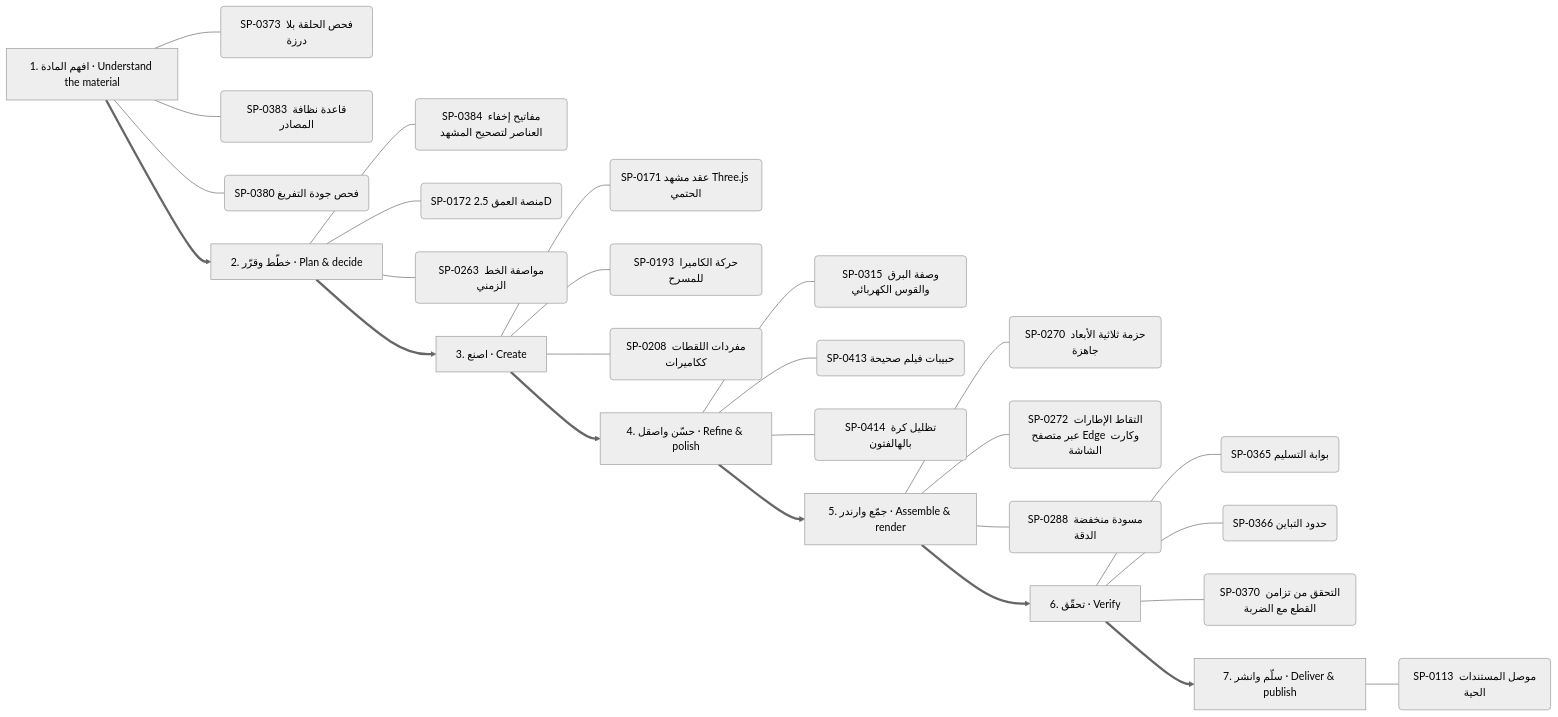
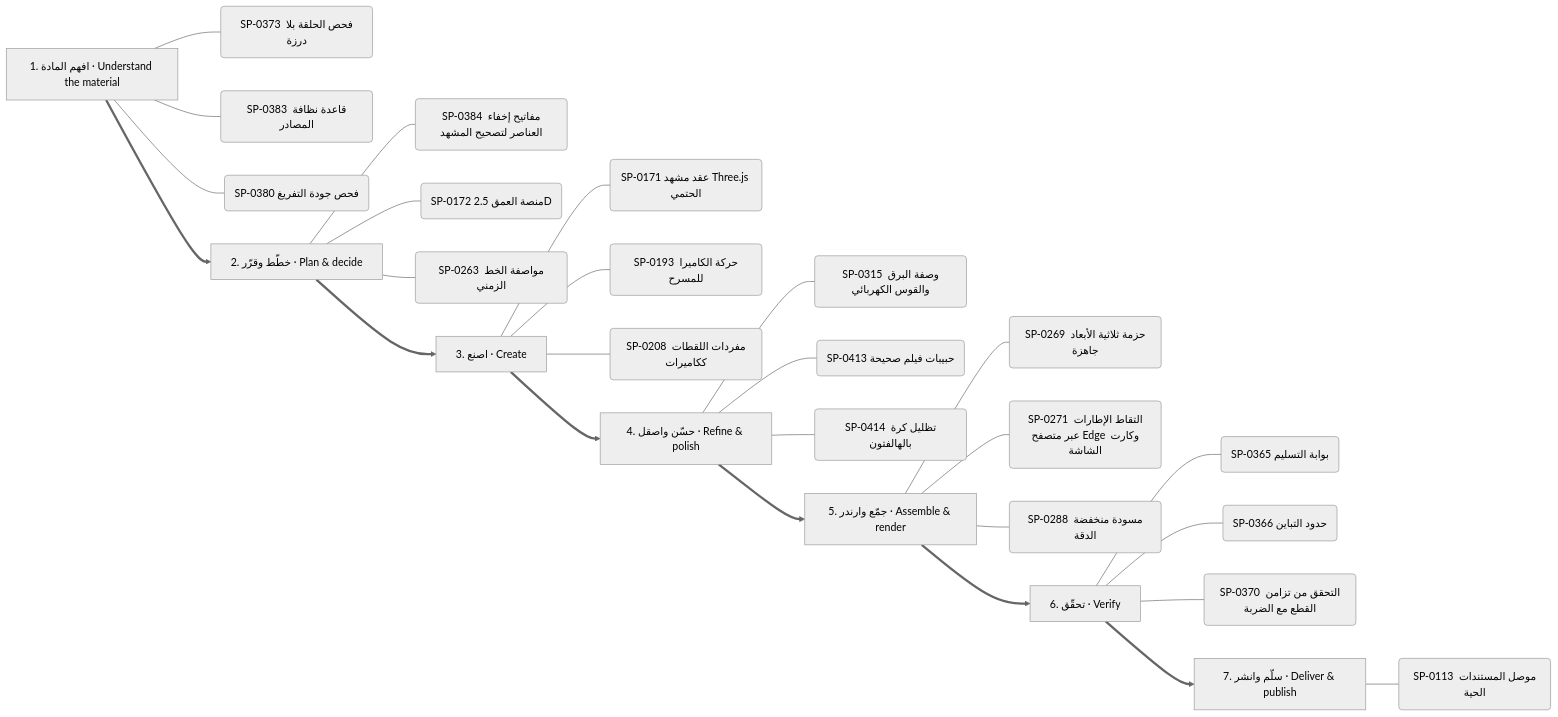
One commit to kosif199022-jpg/kosif-tool changed the eighth of 13 diagrams in .claude/skills/kosif-superpowers/references/capability-mindmap.md. Above: the diagram before and after it, drawn with Mermaid (neutral theme). The commit also changed other lines of this file and 52 other files, not shown here.

````diff
--- a/.claude/skills/kosif-superpowers/references/capability-mindmap.md
+++ b/.claude/skills/kosif-superpowers/references/capability-mindmap.md
@@ -415,35 +415,35 @@
 ```mermaid
 flowchart LR
   S0["1. افهم المادة · Understand the material"]
   S0 --- S0_0("SP-0373 فحص الحلقة بلا درزة")
   S0 --- S0_1("SP-0383 قاعدة نظافة المصادر")
   S0 --- S0_2("SP-0380 فحص جودة التفريغ")
   S1["2. خطّط وقرّر · Plan & decide"]
   S1 --- S1_0("SP-0384 مفاتيح إخفاء العناصر لتصحيح المشهد")
   S1 --- S1_1("SP-0172 منصة العمق 2.5D")
   S1 --- S1_2("SP-0263 مواصفة الخط الزمني")
   S0 ==> S1
   S2["3. اصنع · Create"]
   S2 --- S2_0("SP-0171 عقد مشهد Three.js الحتمي")
   S2 --- S2_1("SP-0193 حركة الكاميرا للمسرح")
   S2 --- S2_2("SP-0208 مفردات اللقطات ككاميرات")
   S1 ==> S2
   S3["4. حسّن واصقل · Refine & polish"]
   S3 --- S3_0("SP-0315 وصفة البرق والقوس الكهربائي")
   S3 --- S3_1("SP-0413 حبيبات فيلم صحيحة")
   S3 --- S3_2("SP-0414 تظليل كرة بالهالفتون")
   S2 ==> S3
   S4["5. جمّع وارندر · Assemble & render"]
-  S4 --- S4_0("SP-0270 حزمة ثلاثية الأبعاد جاهزة")
-  S4 --- S4_1("SP-0272 التقاط الإطارات عبر متصفح Edge وكارت الشاشة")
+  S4 --- S4_0("SP-0269 حزمة ثلاثية الأبعاد جاهزة")
+  S4 --- S4_1("SP-0271 التقاط الإطارات عبر متصفح Edge وكارت الشاشة")
   S4 --- S4_2("SP-0288 مسودة منخفضة الدقة")
   S3 ==> S4
   S5["6. تحقّق · Verify"]
   S5 --- S5_0("SP-0365 بوابة التسليم")
   S5 --- S5_1("SP-0366 حدود التباين")
   S5 --- S5_2("SP-0370 التحقق من تزامن القطع مع الضربة")
   S4 ==> S5
   S6["7. سلّم وانشر · Deliver & publish"]
   S6 --- S6_0("SP-0113 موصل المستندات الحية")
   S5 ==> S6
 ```
````
